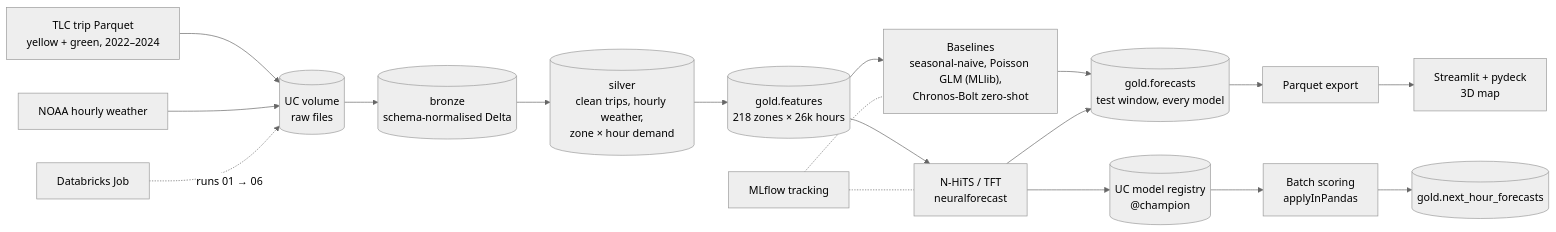
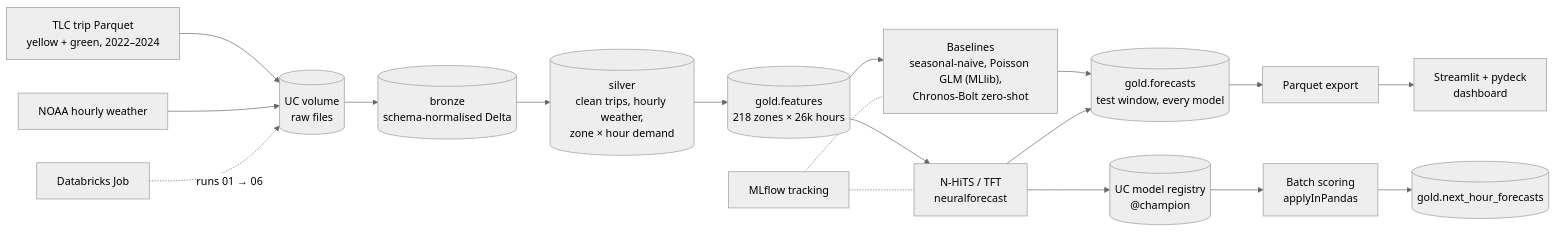
One commit to t9nzin/nyc_taxi_forecasting changed the diagram in README.md. Above: the diagram before and after it, drawn with Mermaid (neutral theme). The commit also changed other lines of this file, not shown here.

Commit message:
README: describe the current dashboard

````diff
--- a/README.md
+++ b/README.md
@@ -54,18 +54,18 @@
 ```mermaid
 flowchart LR
     TLC[TLC trip Parquet<br/>yellow + green, 2022–2024] --> V[(UC volume<br/>raw files)]
     NOAA[NOAA hourly weather] --> V
     V --> B[(bronze<br/>schema-normalised Delta)]
     B --> S[(silver<br/>clean trips, hourly weather,<br/>zone × hour demand)]
     S --> G[(gold.features<br/>218 zones × 26k hours)]
     G --> BL["Baselines<br/>seasonal-naive, Poisson GLM (MLlib),<br/>Chronos-Bolt zero-shot"]
     G --> NN[N-HiTS / TFT<br/>neuralforecast]
     BL --> FC[(gold.forecasts<br/>test window, every model)]
     NN --> FC
     NN --> R[(UC model registry<br/>@champion)]
     R --> SC[Batch scoring<br/>applyInPandas] --> NH[(gold.next_hour_forecasts)]
-    FC --> X[Parquet export] --> APP[Streamlit + pydeck<br/>3D map]
+    FC --> X[Parquet export] --> APP[Streamlit + pydeck<br/>dashboard]
     MLF[MLflow tracking] -.- BL
     MLF -.- NN
     J[Databricks Job] -. runs 01 → 06 .-> V
 ```
````
